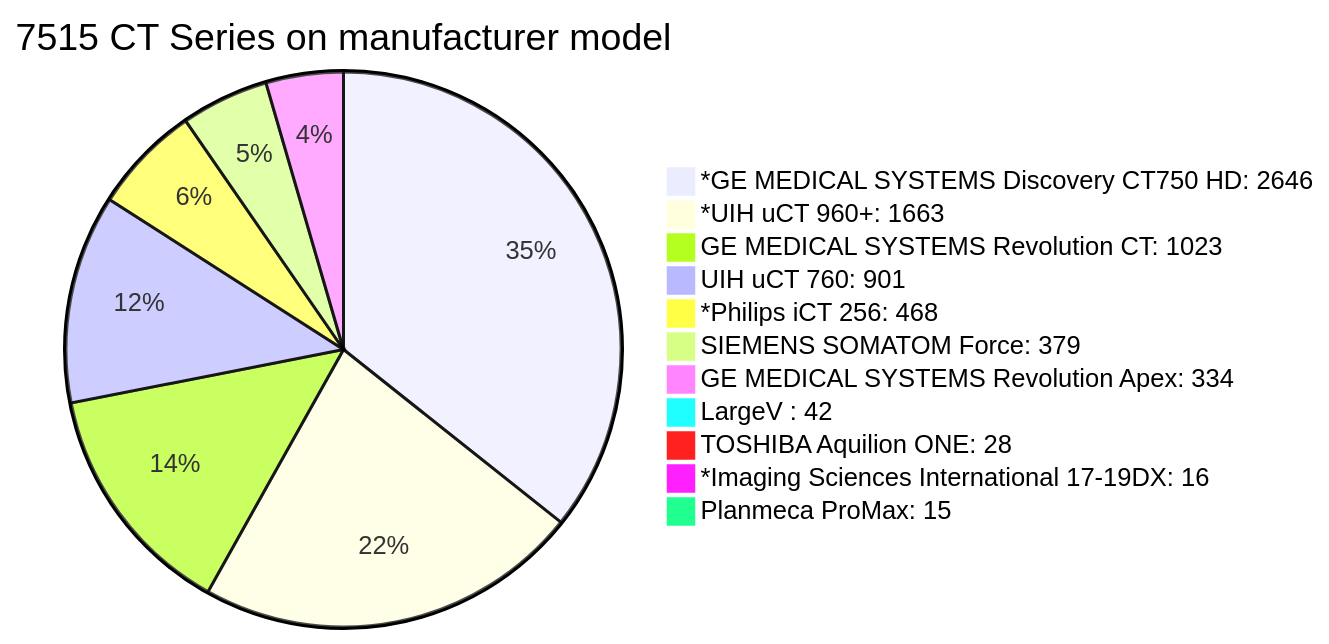
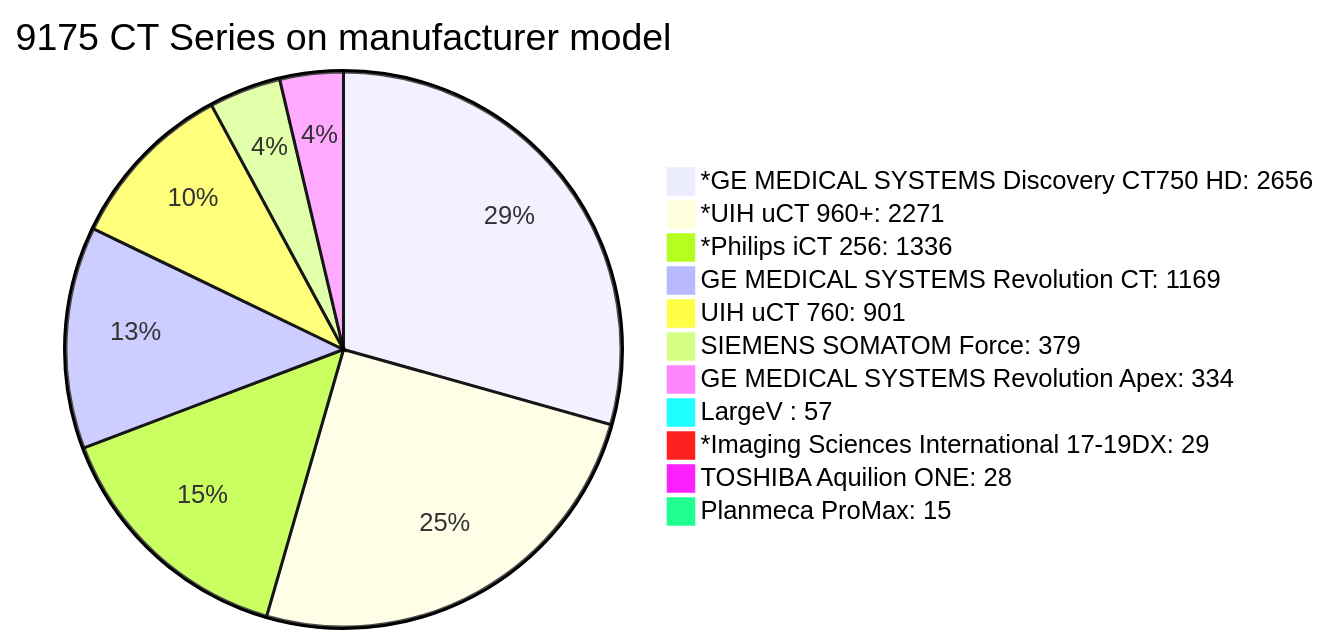
One commit to doidio/nonapx changed the second of 5 diagrams in SUMMARY.md. Above: the diagram before and after it, drawn with Mermaid. The commit also changed other lines of this file, not shown here.

````diff
--- a/SUMMARY.md
+++ b/SUMMARY.md
@@ -19,14 +19,14 @@
 ```mermaid
-pie title 7515 CT Series on manufacturer model
-    "*GE MEDICAL SYSTEMS Discovery CT750 HD: 2646" : 2646
-    "*UIH uCT 960+: 1663" : 1663
-    "GE MEDICAL SYSTEMS Revolution CT: 1023" : 1023
+pie title 9175 CT Series on manufacturer model
+    "*GE MEDICAL SYSTEMS Discovery CT750 HD: 2656" : 2656
+    "*UIH uCT 960+: 2271" : 2271
+    "*Philips iCT 256: 1336" : 1336
+    "GE MEDICAL SYSTEMS Revolution CT: 1169" : 1169
     "UIH uCT 760: 901" : 901
-    "*Philips iCT 256: 468" : 468
     "SIEMENS SOMATOM Force: 379" : 379
     "GE MEDICAL SYSTEMS Revolution Apex: 334" : 334
-    "LargeV : 42" : 42
+    "LargeV : 57" : 57
+    "*Imaging Sciences International 17-19DX: 29" : 29
     "TOSHIBA Aquilion ONE: 28" : 28
-    "*Imaging Sciences International 17-19DX: 16" : 16
     "Planmeca ProMax: 15" : 15
 ```
````
